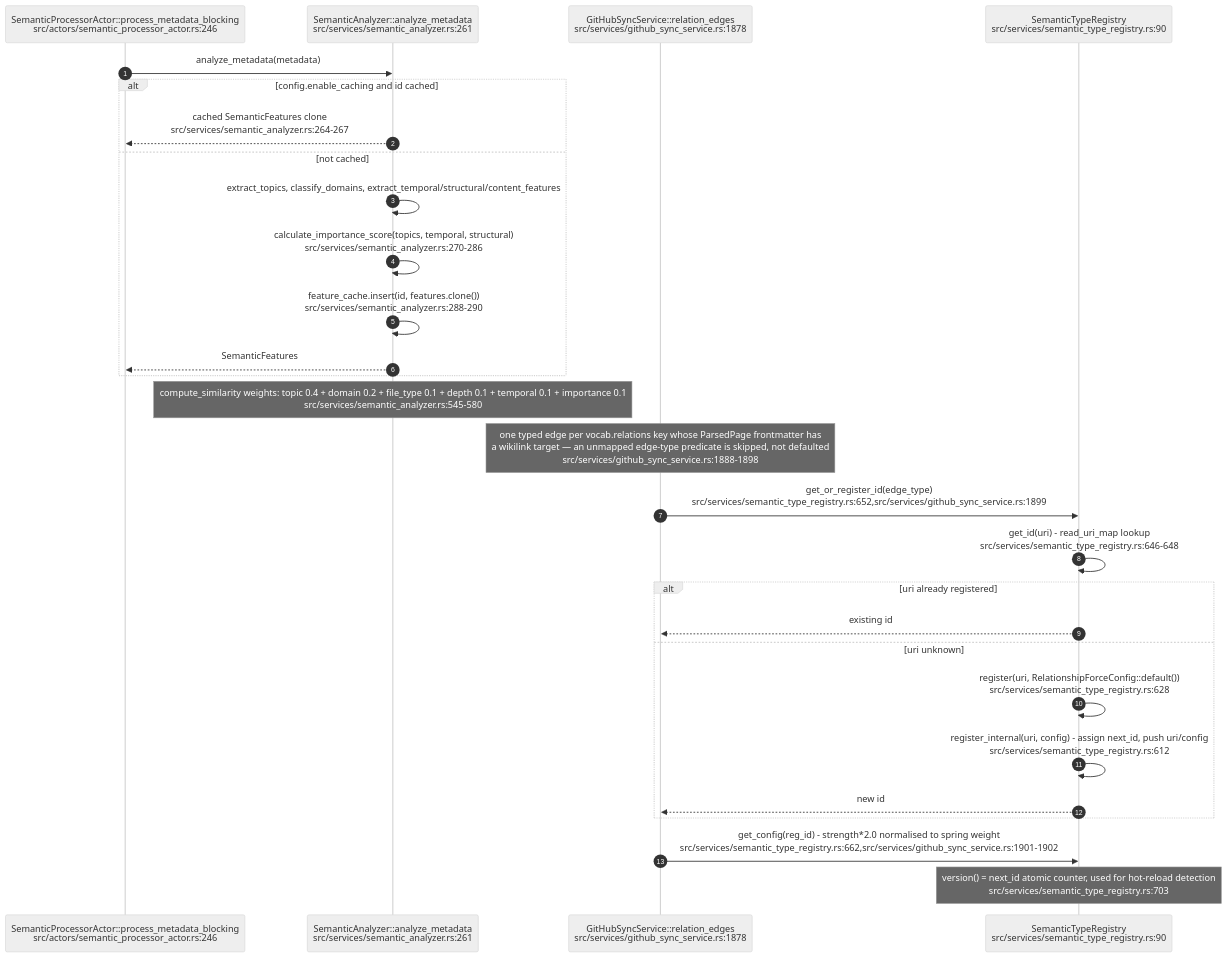
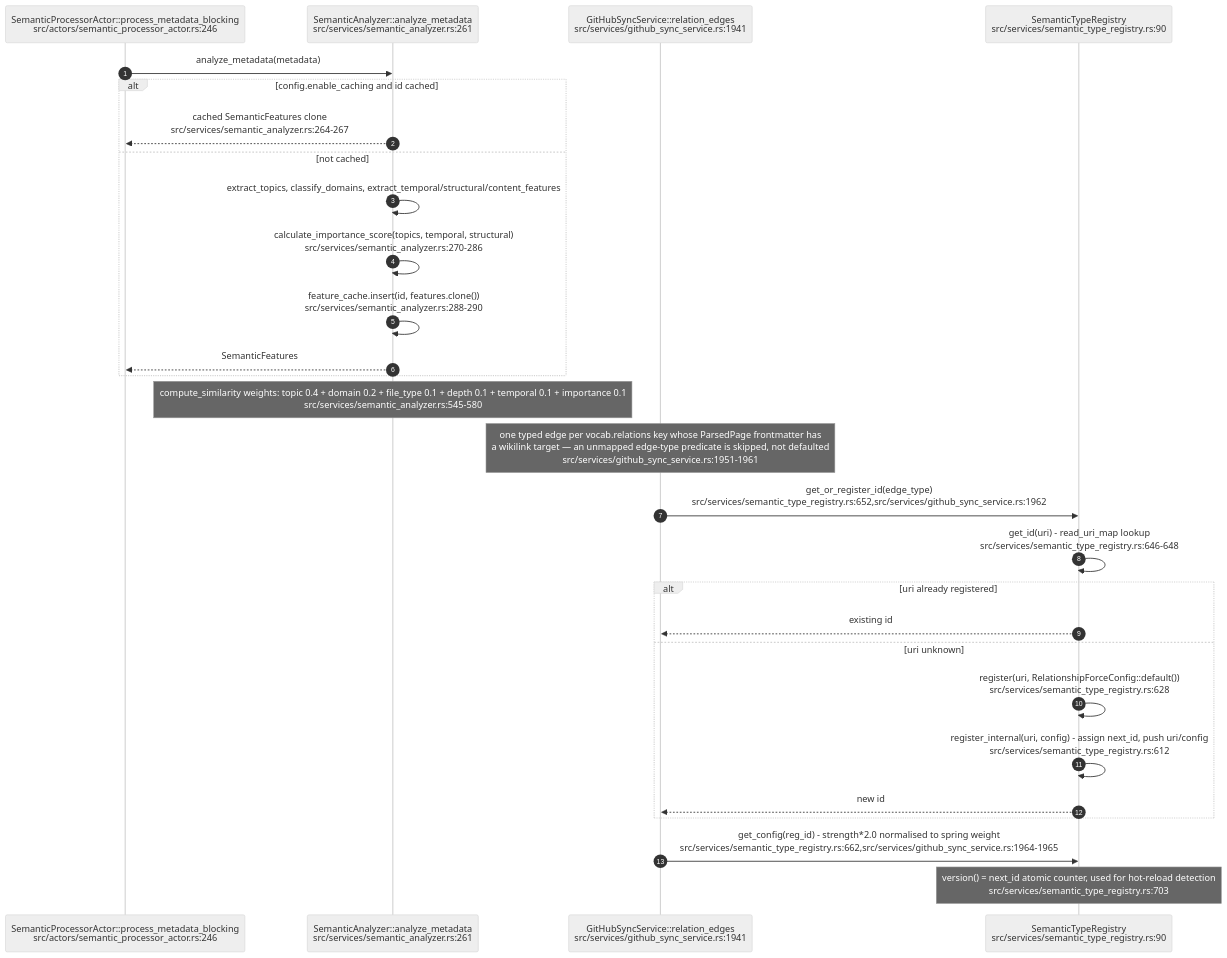
One commit to DreamLab-AI/VisionFlow changed the eighth of 12 diagrams in docs/diagrams/visionclaw/25-insight-kpi-nlq-semantics.md. Above: the diagram before and after it, drawn with Mermaid (neutral theme). The commit also changed other lines of this file and 49 other files, not shown here.

First line of the commit message:
docs(diagrams): re-derive and re-stamp VisionClaw, estate, knowledge-graph, visionGraph, VisionFlow and sidestr topics

````diff
--- a/docs/diagrams/visionclaw/25-insight-kpi-nlq-semantics.md
+++ b/docs/diagrams/visionclaw/25-insight-kpi-nlq-semantics.md
@@ -375,32 +376,32 @@
 ```mermaid
 sequenceDiagram
     autonumber
     participant SPA as SemanticProcessorActor::process_metadata_blocking<br/>src/actors/semantic_processor_actor.rs:246
     participant SA as SemanticAnalyzer::analyze_metadata<br/>src/services/semantic_analyzer.rs:261
-    participant GS as GitHubSyncService::relation_edges<br/>src/services/github_sync_service.rs:1878
+    participant GS as GitHubSyncService::relation_edges<br/>src/services/github_sync_service.rs:1941
     participant REG as SemanticTypeRegistry<br/>src/services/semantic_type_registry.rs:90
 
     SPA->>SA: analyze_metadata(metadata)
     alt config.enable_caching and id cached
         SA-->>SPA: cached SemanticFeatures clone<br/>src/services/semantic_analyzer.rs:264-267
     else not cached
         SA->>SA: extract_topics, classify_domains, extract_temporal/structural/content_features
         SA->>SA: calculate_importance_score(topics, temporal, structural)<br/>src/services/semantic_analyzer.rs:270-286
         SA->>SA: feature_cache.insert(id, features.clone())<br/>src/services/semantic_analyzer.rs:288-290
         SA-->>SPA: SemanticFeatures
     end
     Note over SA: compute_similarity weights: topic 0.4 + domain 0.2 + file_type 0.1 + depth 0.1 + temporal 0.1 + importance 0.1<br/>src/services/semantic_analyzer.rs:545-580
 
-    Note over GS: one typed edge per vocab.relations key whose ParsedPage frontmatter has<br/>a wikilink target — an unmapped edge-type predicate is skipped, not defaulted<br/>src/services/github_sync_service.rs:1888-1898
-    GS->>REG: get_or_register_id(edge_type)<br/>src/services/semantic_type_registry.rs:652,src/services/github_sync_service.rs:1899
+    Note over GS: one typed edge per vocab.relations key whose ParsedPage frontmatter has<br/>a wikilink target — an unmapped edge-type predicate is skipped, not defaulted<br/>src/services/github_sync_service.rs:1951-1961
+    GS->>REG: get_or_register_id(edge_type)<br/>src/services/semantic_type_registry.rs:652,src/services/github_sync_service.rs:1962
     REG->>REG: get_id(uri) - read_uri_map lookup<br/>src/services/semantic_type_registry.rs:646-648
     alt uri already registered
         REG-->>GS: existing id
     else uri unknown
         REG->>REG: register(uri, RelationshipForceConfig::default())<br/>src/services/semantic_type_registry.rs:628
         REG->>REG: register_internal(uri, config) - assign next_id, push uri/config<br/>src/services/semantic_type_registry.rs:612
         REG-->>GS: new id
     end
-    GS->>REG: get_config(reg_id) - strength*2.0 normalised to spring weight<br/>src/services/semantic_type_registry.rs:662,src/services/github_sync_service.rs:1901-1902
+    GS->>REG: get_config(reg_id) - strength*2.0 normalised to spring weight<br/>src/services/semantic_type_registry.rs:662,src/services/github_sync_service.rs:1964-1965
     Note over REG: version() = next_id atomic counter, used for hot-reload detection<br/>src/services/semantic_type_registry.rs:703
 ```
````
